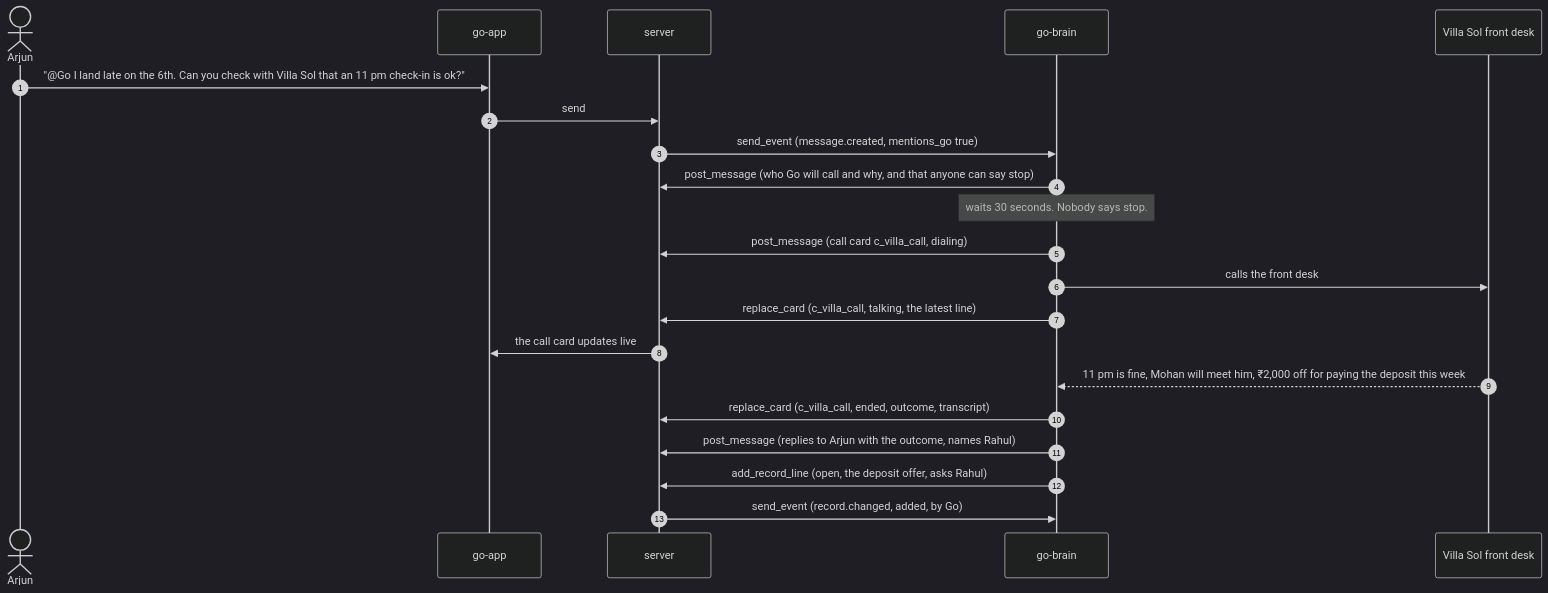
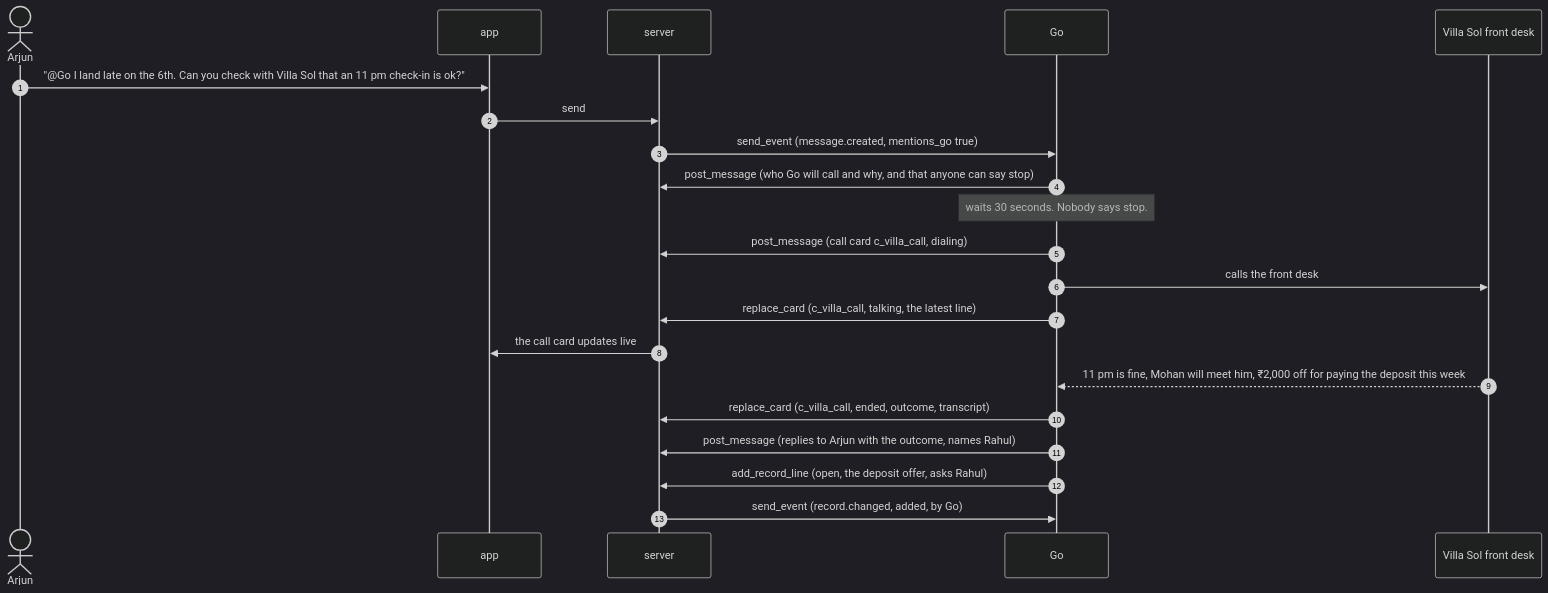
The fifth of 8 diagrams in docs/guide/09-flows.md (vestra-ai/go-brain), drawn with Mermaid (dark theme) before and after one commit. The commit also changed other lines of this file and 37 other files, not shown here.

First line of the commit message:
docs: the three parts are the app, the server and Go; inside Go

````diff
--- a/docs/guide/09-flows.md
+++ b/docs/guide/09-flows.md
@@ -170,23 +170,23 @@
 ```mermaid
 sequenceDiagram
   autonumber
   actor Arjun
-  participant app as go-app
+  participant app as app
   participant server as server
-  participant brain as go-brain
+  participant go as Go
   participant villa as Villa Sol front desk
   Arjun->>app: "@Go I land late on the 6th. Can you check with Villa Sol that an 11 pm check-in is ok?"
   app->>server: send
-  server->>brain: send_event (message.created, mentions_go true)
-  brain->>server: post_message (who Go will call and why, and that anyone can say stop)
-  Note over brain: waits 30 seconds. Nobody says stop.
-  brain->>server: post_message (call card c_villa_call, dialing)
-  brain->>villa: calls the front desk
-  brain->>server: replace_card (c_villa_call, talking, the latest line)
+  server->>go: send_event (message.created, mentions_go true)
+  go->>server: post_message (who Go will call and why, and that anyone can say stop)
+  Note over go: waits 30 seconds. Nobody says stop.
+  go->>server: post_message (call card c_villa_call, dialing)
+  go->>villa: calls the front desk
+  go->>server: replace_card (c_villa_call, talking, the latest line)
   server->>app: the call card updates live
-  villa-->>brain: 11 pm is fine, Mohan will meet him, ₹2,000 off for paying the deposit this week
-  brain->>server: replace_card (c_villa_call, ended, outcome, transcript)
-  brain->>server: post_message (replies to Arjun with the outcome, names Rahul)
-  brain->>server: add_record_line (open, the deposit offer, asks Rahul)
-  server->>brain: send_event (record.changed, added, by Go)
+  villa-->>go: 11 pm is fine, Mohan will meet him, ₹2,000 off for paying the deposit this week
+  go->>server: replace_card (c_villa_call, ended, outcome, transcript)
+  go->>server: post_message (replies to Arjun with the outcome, names Rahul)
+  go->>server: add_record_line (open, the deposit offer, asks Rahul)
+  server->>go: send_event (record.changed, added, by Go)
 ```
````
